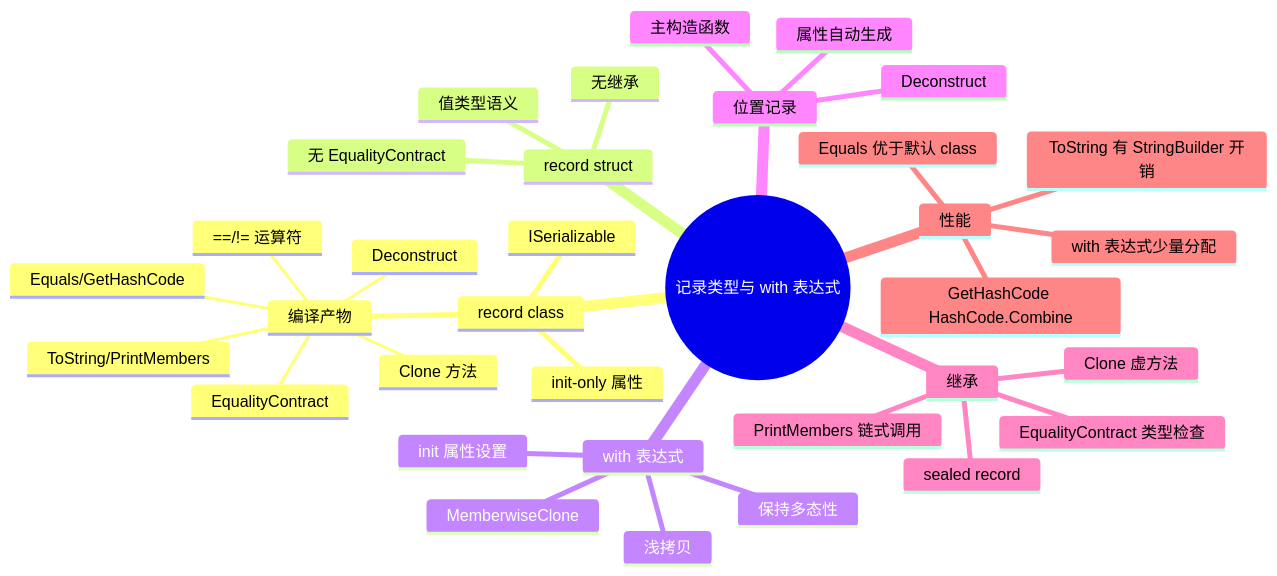
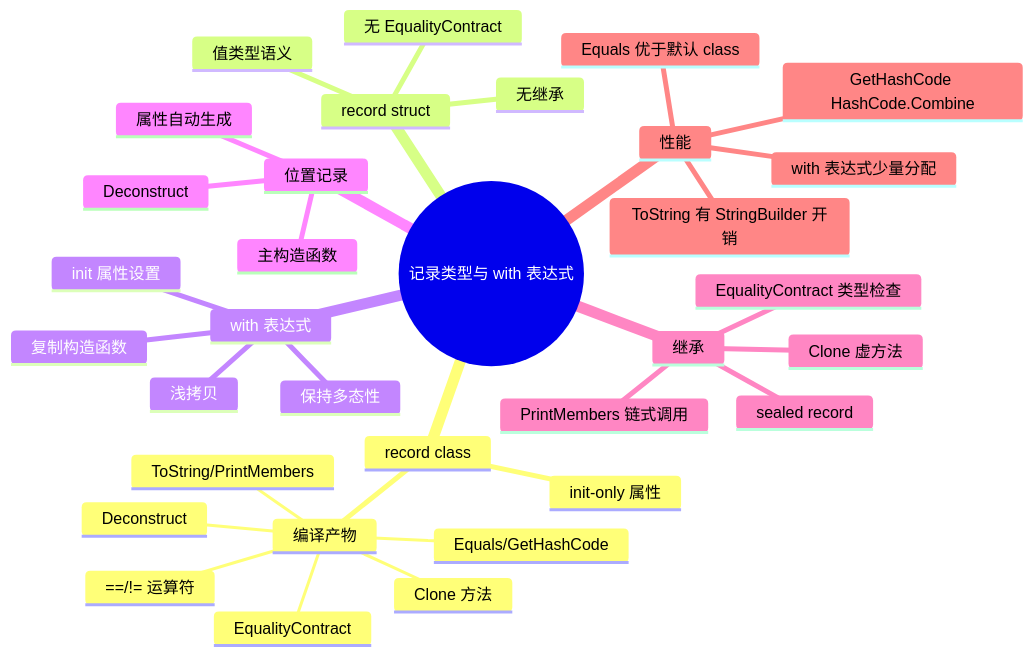
The fifth of 5 diagrams in src/后端开发/CSharp/CLR深度/08_高级类型与模式/03_记录类型与with表达式.md (moklgydocs/moklgydocs.github.io), drawn with Mermaid before and after one commit. The commit also changed other lines of this file and 8 other files, not shown here.

````diff
--- a/src/后端开发/CSharp/CLR深度/08_高级类型与模式/03_记录类型与with表达式.md
+++ b/src/后端开发/CSharp/CLR深度/08_高级类型与模式/03_记录类型与with表达式.md
@@ -1380,37 +1371,36 @@
 ```mermaid
 mindmap
   root((记录类型与 with 表达式))
     record class
       编译产物
         Equals/GetHashCode
         ToString/PrintMembers
         Clone 方法
         Deconstruct
         ==/!= 运算符
         EqualityContract
       init-only 属性
-      ISerializable
     record struct
       无 EqualityContract
       无继承
       值类型语义
     with 表达式
-      MemberwiseClone
+      复制构造函数
       浅拷贝
       保持多态性
       init 属性设置
     位置记录
       主构造函数
       Deconstruct
       属性自动生成
     继承
       EqualityContract 类型检查
       PrintMembers 链式调用
       Clone 虚方法
       sealed record
     性能
       Equals 优于默认 class
       GetHashCode HashCode.Combine
       with 表达式少量分配
       ToString 有 StringBuilder 开销
 ```
````
